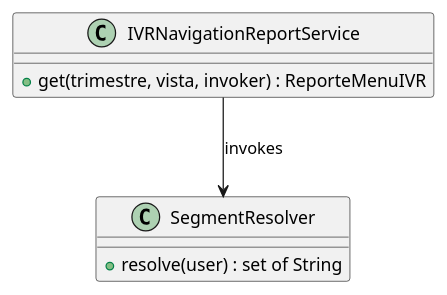
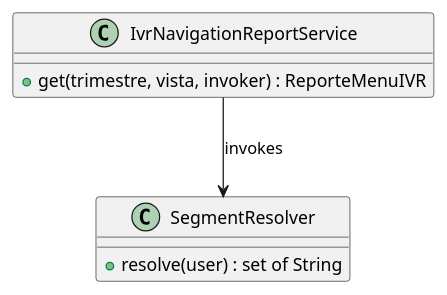
One commit to jcg-admin/IACT-docs changed the diagram in source/requisitos/casos-uso/reports/uc-rpt-16/diagramas-uml/diagrama-de-clases.rst. Above: the diagram before and after it, drawn with PlantUML. The commit also changed 2 other files, not shown here.

Commit message:
Fix follow-up gaps detected post-EXECUTE (T-033 verification)
Two minor gaps surfaced by re-running the cross-ref analysis:

1. IVRNavigationReportService -> IvrNavigationReportService
   T-026 aliased MenuIVRReportService to IVRNavigationReportService
   but the canonical DM class is IvrNavigationReportService
   (PascalCase, not all uppercase). Corrected 2 UC refs in
   uc-rpt-16.

2. PIIScanner.sanitize() ADDED to canonical pii-scanner.rst
   UC uc-aud-01 declares + sanitize(rows) : List in PIIScanner
   class block. DM had scan/scan_field but not sanitize. Per D4
   criterion (concept without DM equivalent → ADD), added
   sanitize(payload : JSON) : SanitizedPayload to canonical DM.

Final cross-ref verification now shows:
- 0 truly missing classes
- 0 case mismatches
- 0 missing members

Refs: WP uc-view-domain-alignment, T-033 follow-up

```diff
--- a/source/requisitos/casos-uso/reports/uc-rpt-16/diagramas-uml/diagrama-de-clases.rst
+++ b/source/requisitos/casos-uso/reports/uc-rpt-16/diagramas-uml/diagrama-de-clases.rst
@@ -6,16 +6,16 @@
 .. uml::
  :caption: UC_RPT_16 — clases.
 
  @startuml
 
- class IVRNavigationReportService {
+ class IvrNavigationReportService {
    + get(trimestre, vista, invoker) : ReporteMenuIVR
  }
 
  class SegmentResolver {
    + resolve(user) : set of String
  }
 
- IVRNavigationReportService --> SegmentResolver : invokes
+ IvrNavigationReportService --> SegmentResolver : invokes
 
  @enduml
```
